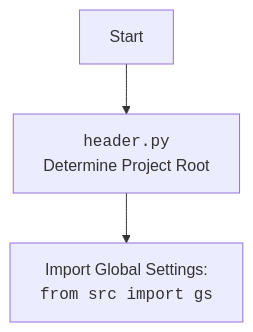
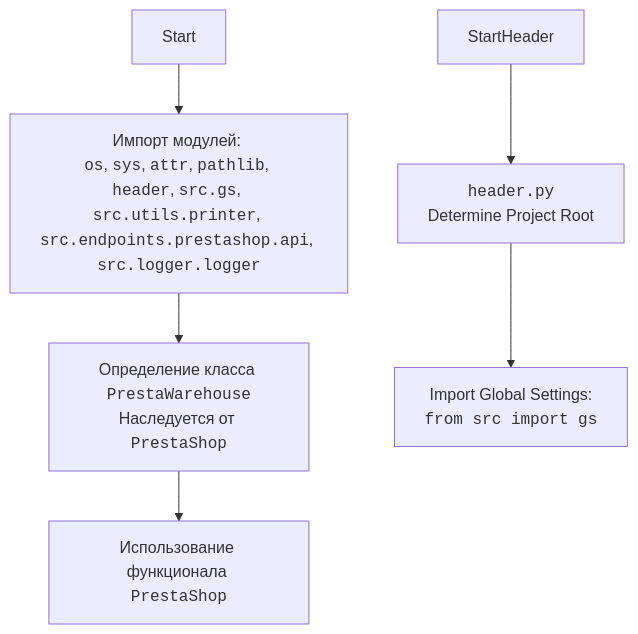
One commit to hypo69/hypo changed the diagram in docs/gemini/ru/explainer/src/endpoints/prestashop/warehouse.py.md. Above: the diagram before and after it, drawn with Mermaid. The commit also changed other lines of this file and 1505 other files, not shown here.

````diff
--- a/docs/gemini/ru/explainer/src/endpoints/prestashop/warehouse.py.md
+++ b/docs/gemini/ru/explainer/src/endpoints/prestashop/warehouse.py.md
@@ -55,6 +17,12 @@
 ```mermaid
 flowchart TD
-    Start --> Header[<code>header.py</code><br> Determine Project Root]
+    Start --> ImportModules[Импорт модулей: <br><code>os</code>, <code>sys</code>, <code>attr</code>, <code>pathlib</code>, <br><code>header</code>, <code>src.gs</code>, <code>src.utils.printer</code>, <br><code>src.endpoints.prestashop.api</code>, <code>src.logger.logger</code>]
+    ImportModules --> PrestaWarehouseClass[Определение класса <code>PrestaWarehouse</code><br>Наследуется от <code>PrestaShop</code>]
+    PrestaWarehouseClass --> UseParentClass[Использование функционала <code>PrestaShop</code>]
     
-    Header --> import[Import Global Settings: <br><code>from src import gs</code>] 
+    
+    StartHeader --> Header[<code>header.py</code><br> Determine Project Root]
+
+    Header --> import_gs[Import Global Settings: <br><code>from src import gs</code>]
+    
 ```
````
